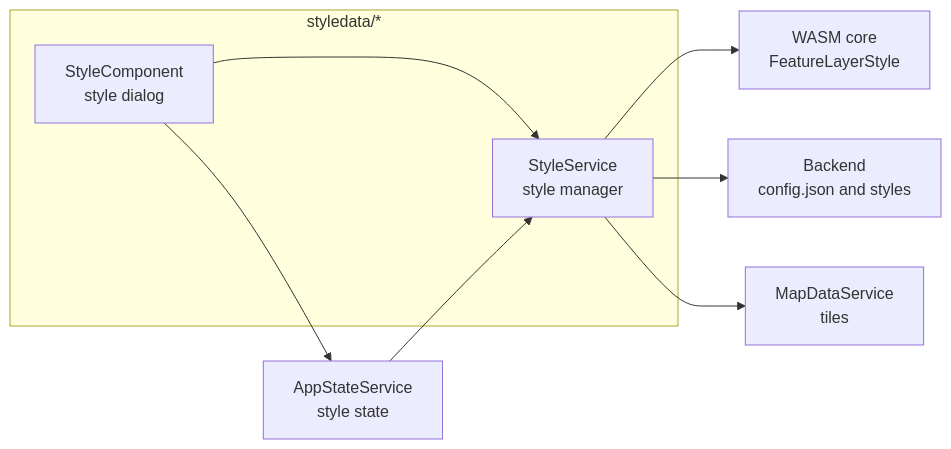
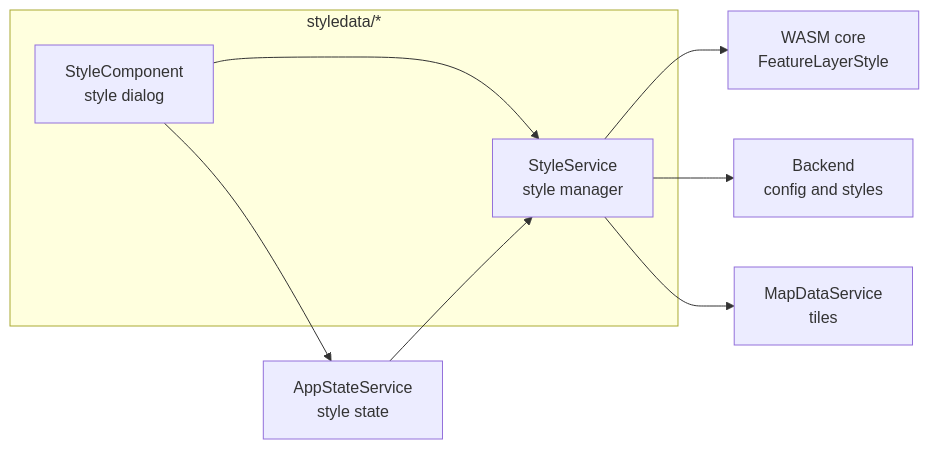
Before and after one commit to ndsev/erdblick: the fourth of 10 diagrams in docs/erdblick-dev-guide.md, drawn with Mermaid. The commit also changed other lines of this file and 14 other files, not shown here.

````diff
--- a/docs/erdblick-dev-guide.md
+++ b/docs/erdblick-dev-guide.md
@@ -246,19 +246,19 @@
 ```mermaid
 flowchart LR
   subgraph styledata_dir[styledata/*]
     StylePanel[StyleComponent<br>style dialog]
     StyleSvc[StyleService<br>style manager]
   end
   State[AppStateService<br>style state]
   MapSvc[MapDataService<br>tiles]
   Core[WASM core<br>FeatureLayerStyle]
-  Backend[Backend<br>config.json and styles]
+  Backend[Backend<br>config and styles]
 
   StylePanel --> StyleSvc
   StylePanel --> State
 
   StyleSvc --> Core
   StyleSvc --> Backend
   StyleSvc --> MapSvc
   State --> StyleSvc
 ```
````
